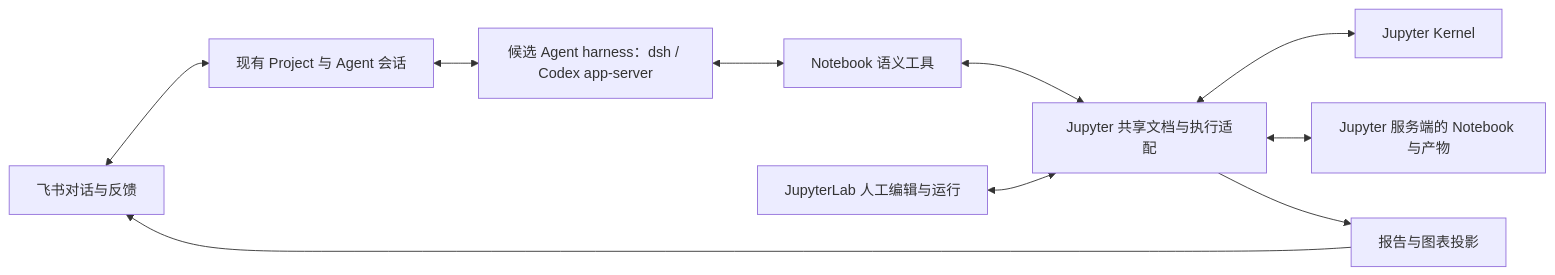
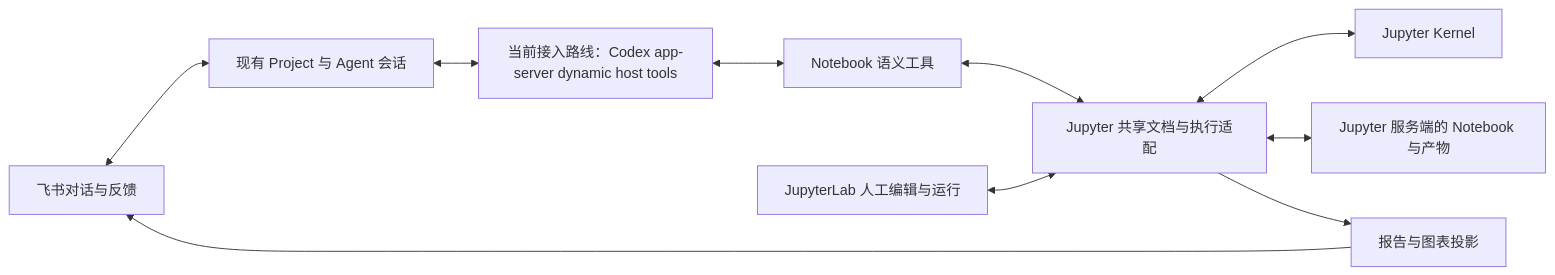
The diagram in docs/designs/jupyter-harness.md (hs3180/disclaude), drawn with Mermaid before and after one commit. The commit also changed other lines of this file, not shown here.

Commit message:
docs(jupyter): select Codex app-server harness route

````diff
--- a/docs/designs/jupyter-harness.md
+++ b/docs/designs/jupyter-harness.md
@@ -27,12 +27,12 @@
 ```mermaid
 flowchart LR
   F[飞书对话与反馈] <--> P[现有 Project 与 Agent 会话]
-  P <--> A[候选 Agent harness：dsh / Codex app-server]
+  P <--> A[当前接入路线：Codex app-server dynamic host tools]
   A <--> T[Notebook 语义工具]
   T <--> J[Jupyter 共享文档与执行适配]
   H[JupyterLab 人工编辑与运行] <--> J
   J <--> K[Jupyter Kernel]
   J <--> N[Jupyter 服务端的 Notebook 与产物]
   J --> V[报告与图表投影]
   V --> F
 ```
````
